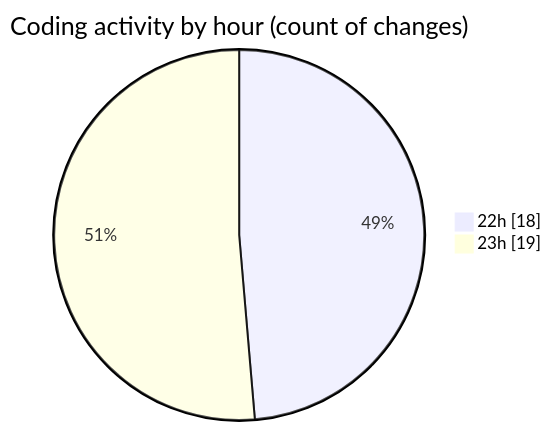
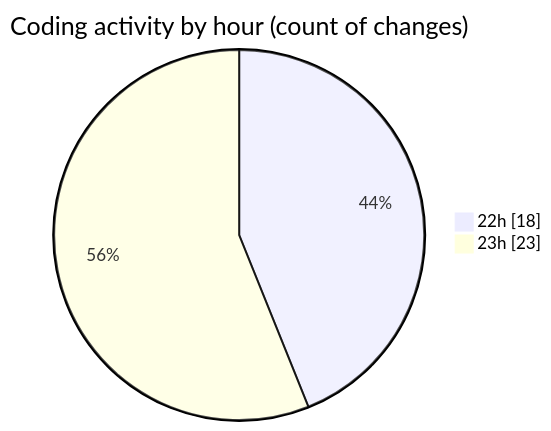
The second of 2 diagrams in 2025-02-18/masm/README.md (charlie-sans/code-tracking), drawn with Mermaid before and after one commit. The commit also changed other lines of this file and 1 other file, not shown here.

````diff
--- a/2025-02-18/masm/README.md
+++ b/2025-02-18/masm/README.md
@@ -35,6 +35,6 @@
 ```mermaid
 pie showData
 title Coding activity by hour (count of changes)
 "22h" : 18
-"23h" : 19
+"23h" : 23
 ```
````
